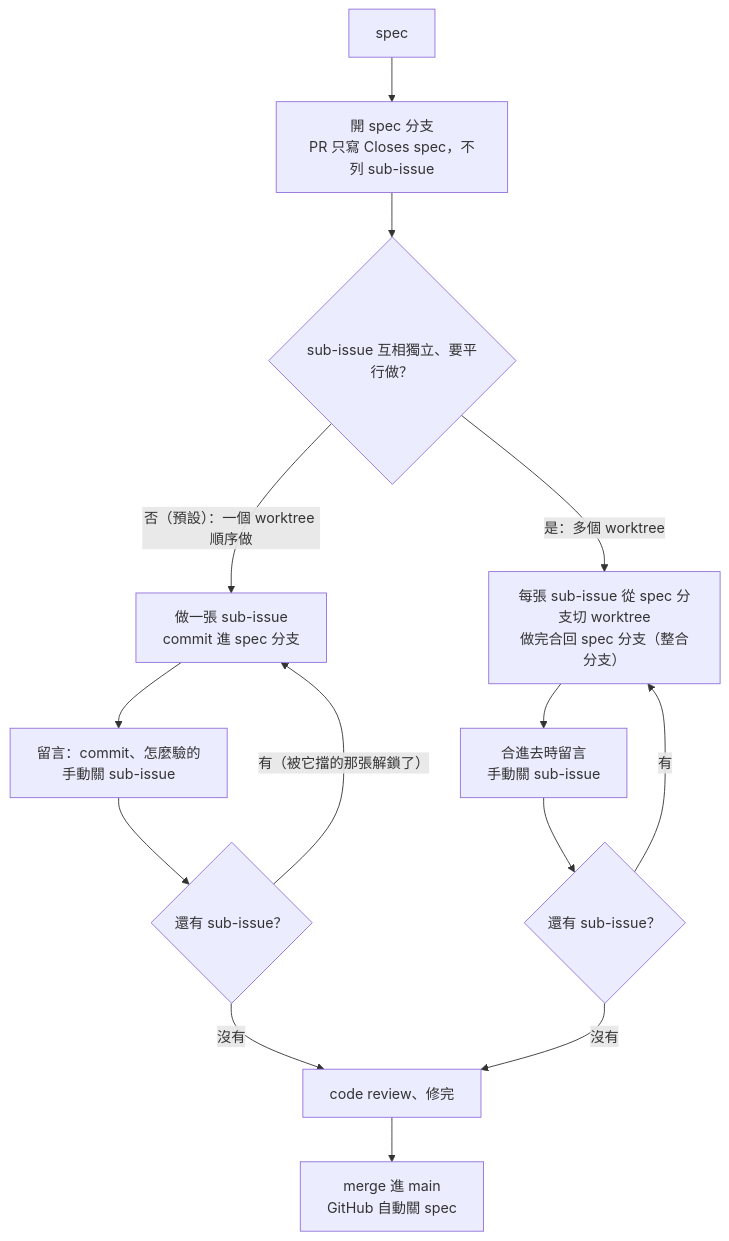
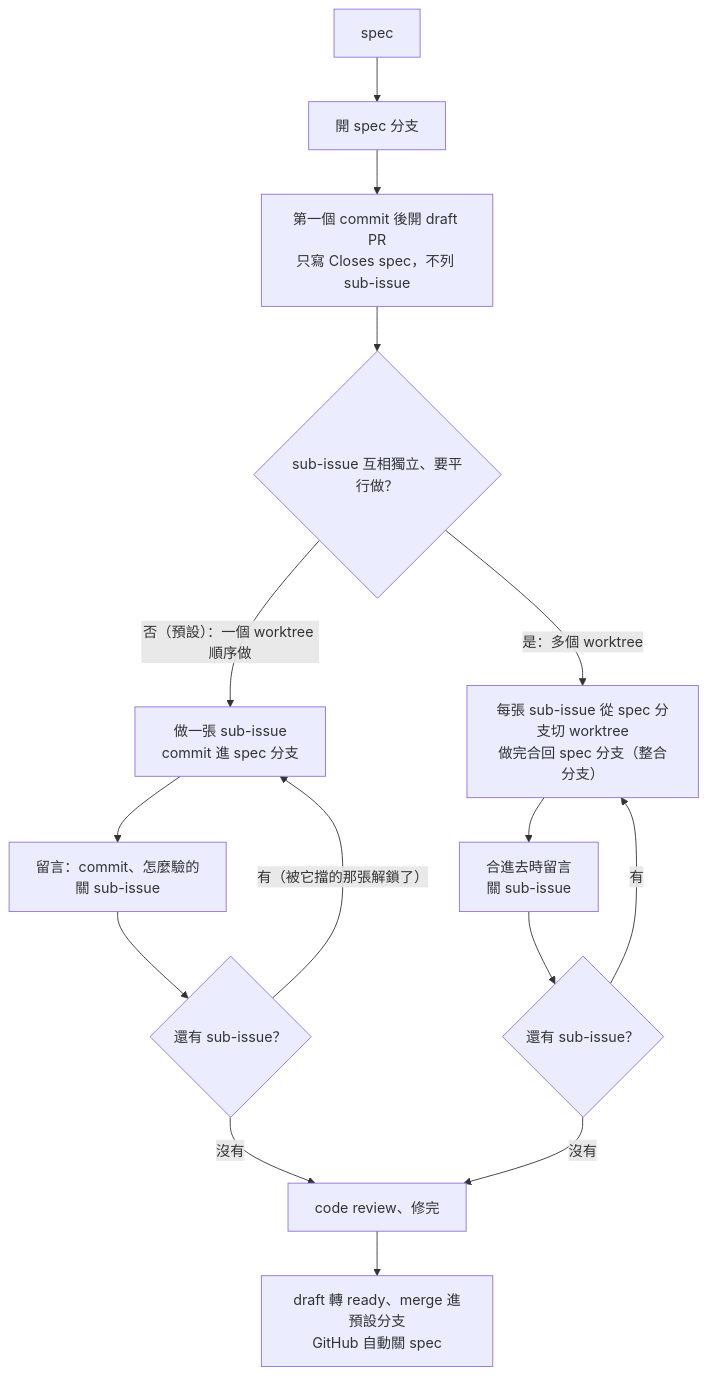
The second of 2 diagrams in docs/issue-lifecycle.md (henry5720/dotfiles), drawn with Mermaid before and after one commit. The commit also changed other lines of this file and 1 other file, not shown here.

Commit message:
docs: Close 規則改成「預設分支」、不寫手動、spec 先開 draft PR
- `Closes` 只在 PR 進預設分支時生效：沒開 PR 或 PR 進非預設分支（例如 dev）都留言再關。
- 拿掉「手動關」：要有人關，agent 或人都可以。
- spec 第一個 commit 後就開 draft PR，只 Closes spec。

````diff
--- a/docs/issue-lifecycle.md
+++ b/docs/issue-lifecycle.md
@@ -20,16 +20,17 @@
 ```mermaid
 flowchart TD
-  S["spec"] --> BR["開 spec 分支<br/>PR 只寫 Closes spec，不列 sub-issue"]
-  BR --> Q{"sub-issue 互相獨立、要平行做？"}
+  S["spec"] --> BR["開 spec 分支"]
+  BR --> DR["第一個 commit 後開 draft PR<br/>只寫 Closes spec，不列 sub-issue"]
+  DR --> Q{"sub-issue 互相獨立、要平行做？"}
   Q -- "否（預設）：一個 worktree 順序做" --> ONE["做一張 sub-issue<br/>commit 進 spec 分支"]
-  ONE --> C1["留言：commit、怎麼驗的<br/>手動關 sub-issue"]
+  ONE --> C1["留言：commit、怎麼驗的<br/>關 sub-issue"]
   C1 --> N1{"還有 sub-issue？"}
   N1 -- "有（被它擋的那張解鎖了）" --> ONE
   Q -- "是：多個 worktree" --> MANY["每張 sub-issue 從 spec 分支切 worktree<br/>做完合回 spec 分支（整合分支）"]
-  MANY --> C2["合進去時留言<br/>手動關 sub-issue"]
+  MANY --> C2["合進去時留言<br/>關 sub-issue"]
   C2 --> N2{"還有 sub-issue？"}
   N2 -- "有" --> MANY
   N1 -- "沒有" --> RV["code review、修完"]
   N2 -- "沒有" --> RV
-  RV --> M["merge 進 main<br/>GitHub 自動關 spec"]
+  RV --> M["draft 轉 ready、merge 進預設分支<br/>GitHub 自動關 spec"]
 ```
````
